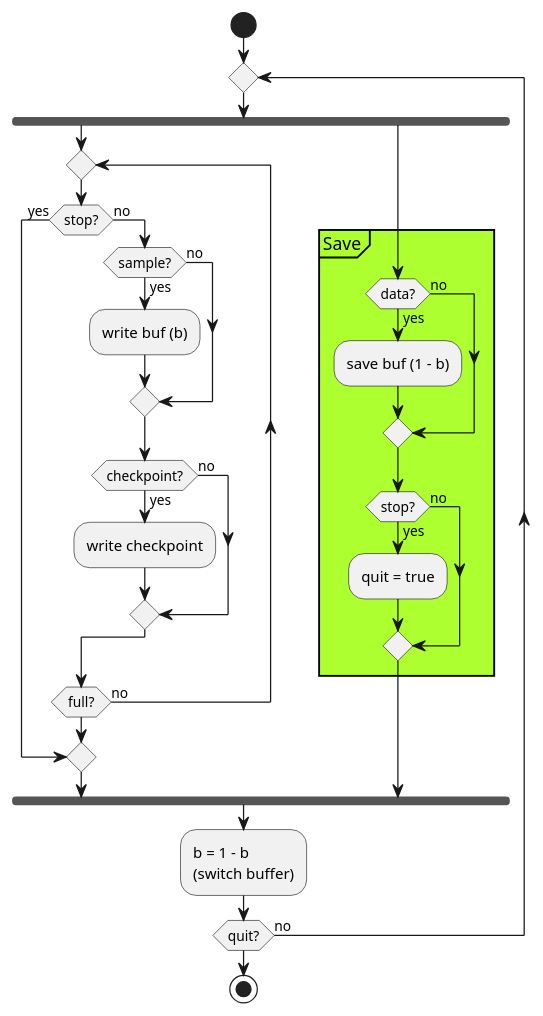
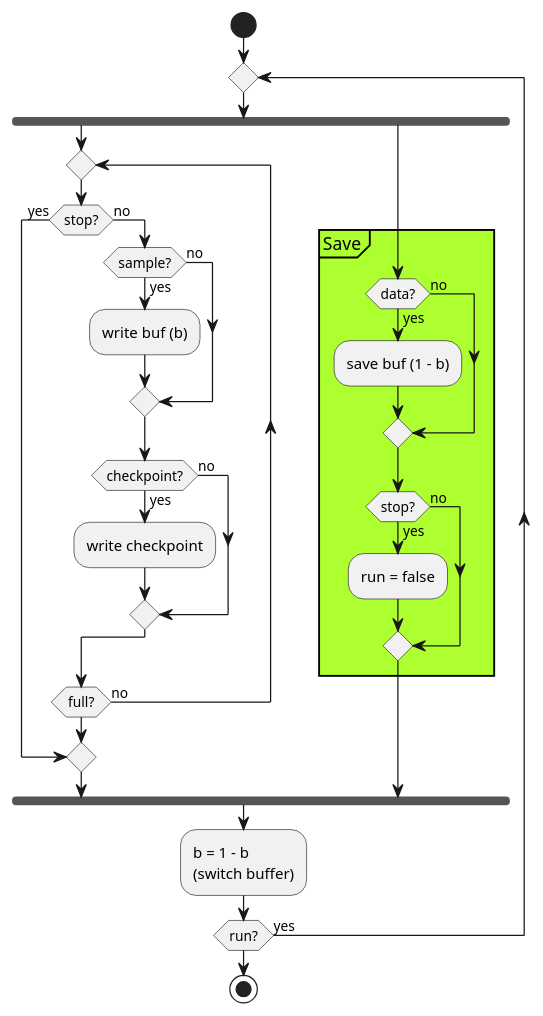
One commit to kghose/groho changed the third of 3 diagrams in docs/uml/flowcharts.puml. Above: the diagram before and after it, drawn with PlantUML. The commit also changed 2 other files, not shown here.

```diff
--- a/docs/uml/flowcharts.puml
+++ b/docs/uml/flowcharts.puml
@@ -51,48 +51,48 @@
 @startuml serialize
 
 start 
 
 repeat
 
 fork
 repeat
 
   if (stop?) then (yes)
     break;
   else (no)
 
     if (sample?) then (yes)
       :write buf (b);
     else (no)
     endif
 
     if (checkpoint?) then (yes)
       :write checkpoint;
     else (no)
     endif
 
 
   endif
 
 repeat while(full?) is (no)
 
 fork again
 partition Save #GreenYellow{
   if (data?) then (yes)
     :save buf (1 - b);
   else (no)
   endif
 
   if (stop?) then (yes)
-    :quit = true;
+    :run = false;
   else (no)
   endif
 }
 end fork
 
 :b = 1 - b\n(switch buffer);
 
-repeat while (quit?) is (no)
+repeat while (run?) is (yes)
 
 stop
 @enduml
```
